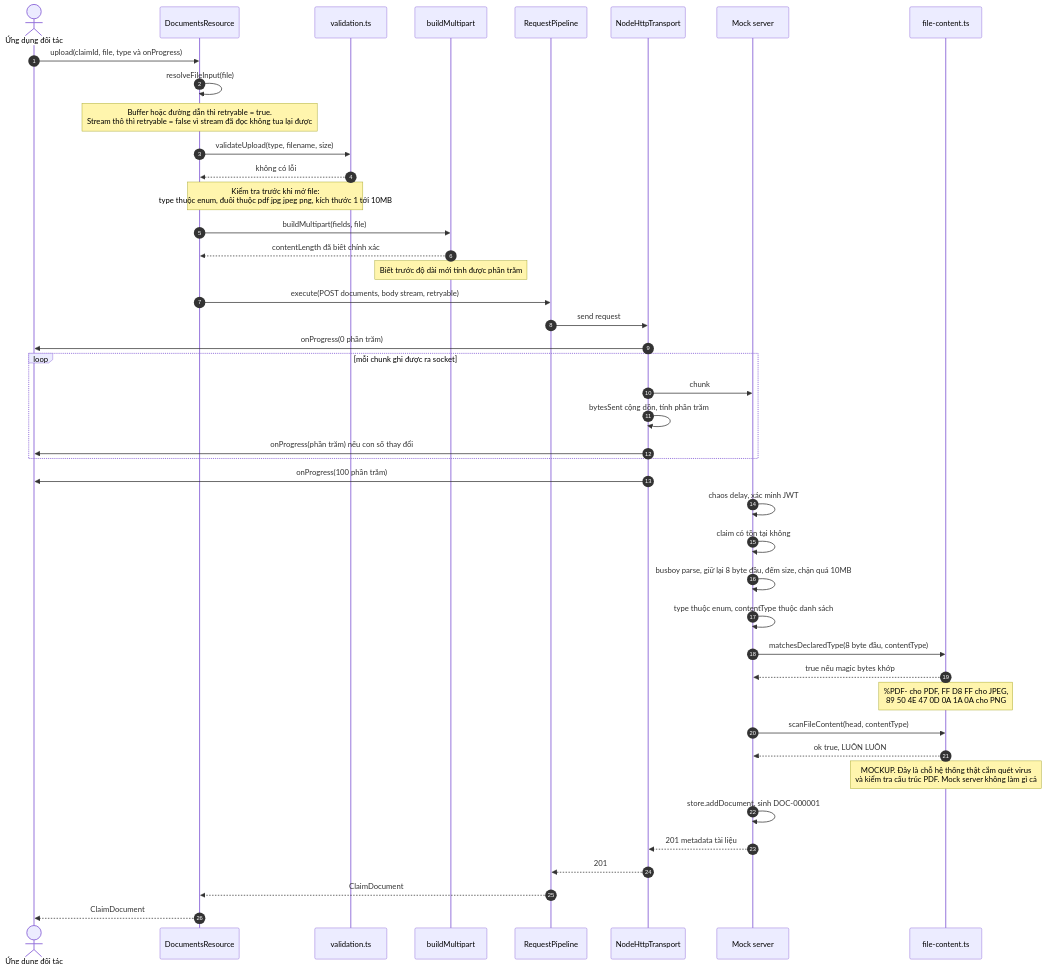
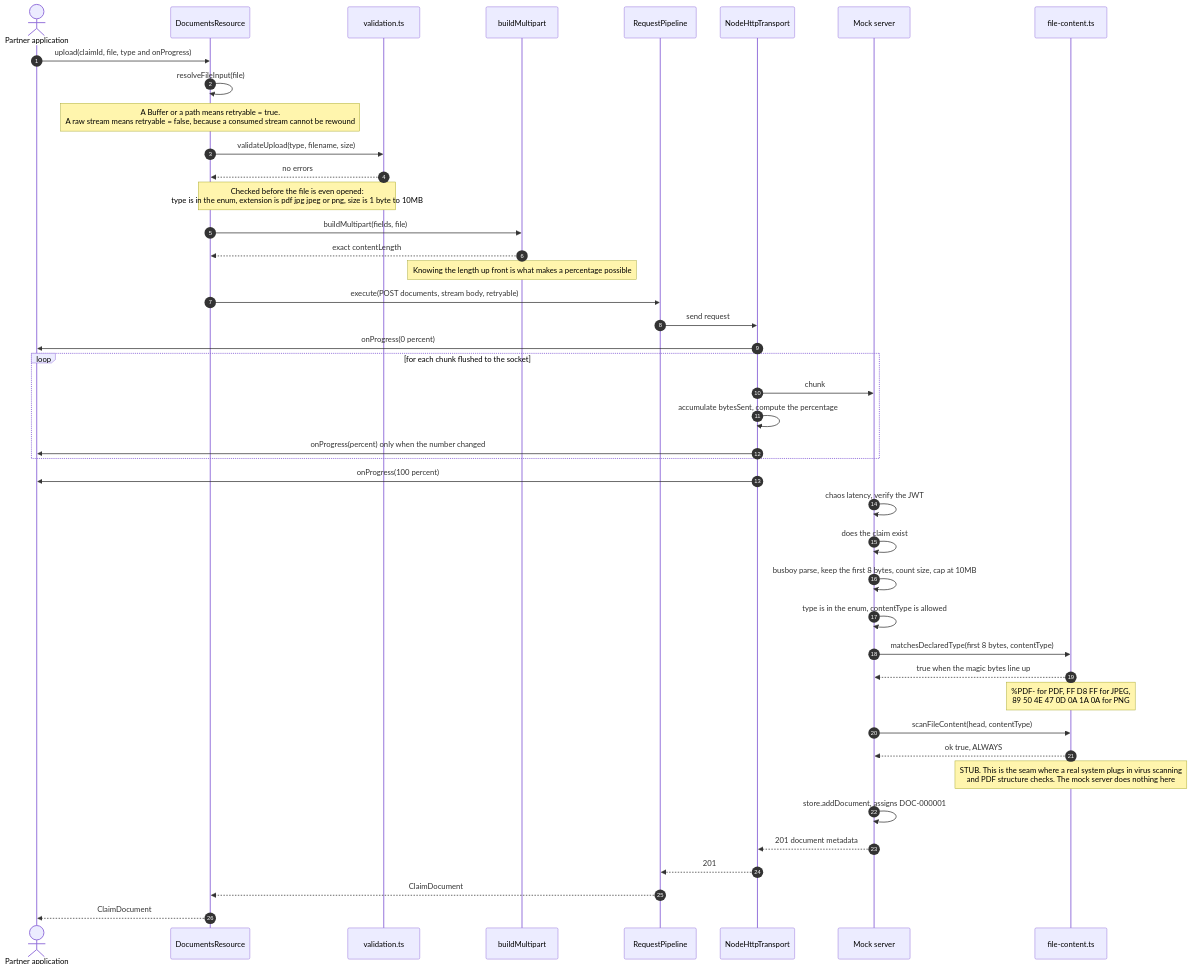
Before and after one commit to vuminhluan/ai-challenge13: the diagram in docs/diagrams/04-upload-document.md, drawn with Mermaid. The commit also changed other lines of this file and 34 other files, not shown here.

Commit message:
docs: chuyển README, examples, tests và diagrams sang tiếng Anh, thêm bảng timeline

````diff
--- a/docs/diagrams/04-upload-document.md
+++ b/docs/diagrams/04-upload-document.md
@@ -3,55 +3,55 @@
 ```mermaid
 sequenceDiagram
     autonumber
-    actor Partner as Ứng dụng đối tác
+    actor Partner as Partner application
     participant Docs as DocumentsResource
     participant Valid as validation.ts
     participant MP as buildMultipart
     participant Pipe as RequestPipeline
     participant Tr as NodeHttpTransport
     participant Srv as Mock server
     participant FC as file-content.ts
 
-    Partner->>Docs: upload(claimId, file, type và onProgress)
+    Partner->>Docs: upload(claimId, file, type and onProgress)
     Docs->>Docs: resolveFileInput(file)
 
-    Note over Docs: Buffer hoặc đường dẫn thì retryable = true.<br/>Stream thô thì retryable = false vì stream đã đọc không tua lại được
+    Note over Docs: A Buffer or a path means retryable = true.<br/>A raw stream means retryable = false, because a consumed stream cannot be rewound
 
     Docs->>Valid: validateUpload(type, filename, size)
-    Valid-->>Docs: không có lỗi
-    Note over Docs,Valid: Kiểm tra trước khi mở file:<br/>type thuộc enum, đuôi thuộc pdf jpg jpeg png, kích thước 1 tới 10MB
+    Valid-->>Docs: no errors
+    Note over Docs,Valid: Checked before the file is even opened:<br/>type is in the enum, extension is pdf jpg jpeg or png, size is 1 byte to 10MB
 
     Docs->>MP: buildMultipart(fields, file)
-    MP-->>Docs: contentLength đã biết chính xác
-    Note over MP: Biết trước độ dài mới tính được phần trăm
+    MP-->>Docs: exact contentLength
+    Note over MP: Knowing the length up front is what makes a percentage possible
 
-    Docs->>Pipe: execute(POST documents, body stream, retryable)
+    Docs->>Pipe: execute(POST documents, stream body, retryable)
     Pipe->>Tr: send request
 
-    Tr->>Partner: onProgress(0 phần trăm)
-    loop mỗi chunk ghi được ra socket
+    Tr->>Partner: onProgress(0 percent)
+    loop for each chunk flushed to the socket
         Tr->>Srv: chunk
-        Tr->>Tr: bytesSent cộng dồn, tính phần trăm
-        Tr->>Partner: onProgress(phần trăm) nếu con số thay đổi
+        Tr->>Tr: accumulate bytesSent, compute the percentage
+        Tr->>Partner: onProgress(percent) only when the number changed
     end
-    Tr->>Partner: onProgress(100 phần trăm)
+    Tr->>Partner: onProgress(100 percent)
 
-    Srv->>Srv: chaos delay, xác minh JWT
-    Srv->>Srv: claim có tồn tại không
-    Srv->>Srv: busboy parse, giữ lại 8 byte đầu, đếm size, chặn quá 10MB
-    Srv->>Srv: type thuộc enum, contentType thuộc danh sách
+    Srv->>Srv: chaos latency, verify the JWT
+    Srv->>Srv: does the claim exist
+    Srv->>Srv: busboy parse, keep the first 8 bytes, count size, cap at 10MB
+    Srv->>Srv: type is in the enum, contentType is allowed
 
-    Srv->>FC: matchesDeclaredType(8 byte đầu, contentType)
-    FC-->>Srv: true nếu magic bytes khớp
-    Note over FC: %PDF- cho PDF, FF D8 FF cho JPEG,<br/>89 50 4E 47 0D 0A 1A 0A cho PNG
+    Srv->>FC: matchesDeclaredType(first 8 bytes, contentType)
+    FC-->>Srv: true when the magic bytes line up
+    Note over FC: %PDF- for PDF, FF D8 FF for JPEG,<br/>89 50 4E 47 0D 0A 1A 0A for PNG
 
     Srv->>FC: scanFileContent(head, contentType)
-    FC-->>Srv: ok true, LUÔN LUÔN
-    Note over FC: MOCKUP. Đây là chỗ hệ thống thật cắm quét virus<br/>và kiểm tra cấu trúc PDF. Mock server không làm gì cả
+    FC-->>Srv: ok true, ALWAYS
+    Note over FC: STUB. This is the seam where a real system plugs in virus scanning<br/>and PDF structure checks. The mock server does nothing here
 
-    Srv->>Srv: store.addDocument, sinh DOC-000001
-    Srv-->>Tr: 201 metadata tài liệu
+    Srv->>Srv: store.addDocument, assigns DOC-000001
+    Srv-->>Tr: 201 document metadata
     Tr-->>Pipe: 201
     Pipe-->>Docs: ClaimDocument
     Docs-->>Partner: ClaimDocument
 ```
````
